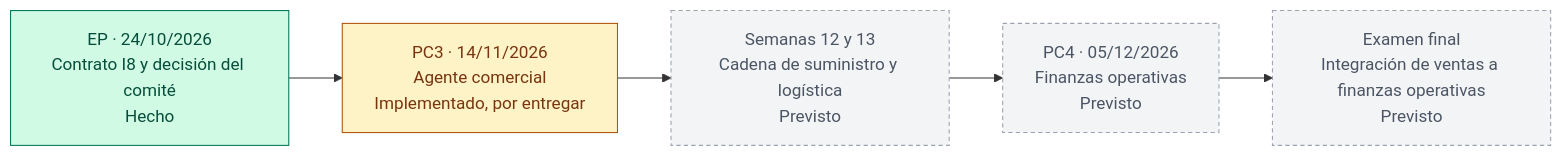
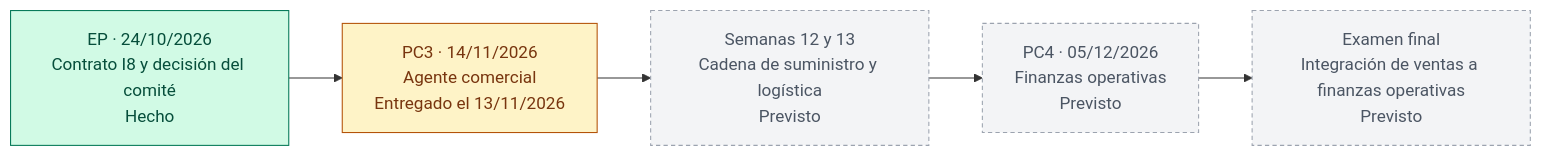
One commit to Salvador0302/ge703-agente-sie-cocacola changed the third of 3 diagrams in README.md. Above: the diagram before and after it, drawn with Mermaid. The commit also changed other lines of this file and 6 other files, not shown here.

````diff
--- a/README.md
+++ b/README.md
@@ -87,15 +87,15 @@
 ```mermaid
 flowchart LR
     E0["EP · 24/10/2026<br/>Contrato I8 y decisión del comité<br/>Hecho"]
-    E1["PC3 · 14/11/2026<br/>Agente comercial<br/>Implementado, por entregar"]
+    E1["PC3 · 14/11/2026<br/>Agente comercial<br/>Entregado el 13/11/2026"]
     E2["Semanas 12 y 13<br/>Cadena de suministro y logística<br/>Previsto"]
     E3["PC4 · 05/12/2026<br/>Finanzas operativas<br/>Previsto"]
     E4["Examen final<br/>Integración de ventas a finanzas operativas<br/>Previsto"]
     E0 --> E1 --> E2 --> E3 --> E4
     classDef hecho fill:#d1fae5,stroke:#047857,color:#064e3b
     classDef curso fill:#fef3c7,stroke:#b45309,color:#78350f
     classDef previsto fill:#f3f4f6,stroke:#9ca3af,color:#4b5563,stroke-dasharray:4 3
     class E0 hecho
     class E1 curso
     class E2,E3,E4 previsto
 ```
````
